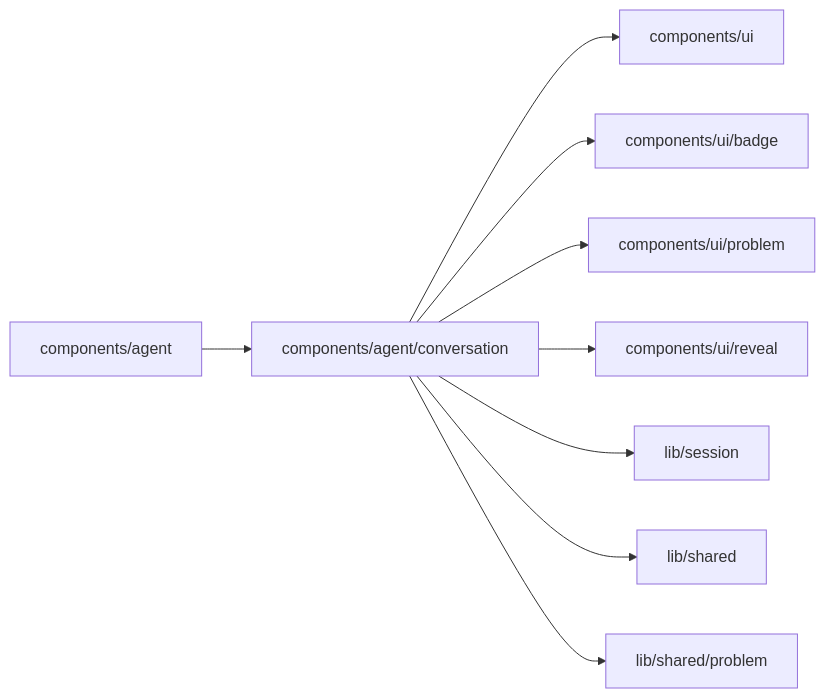
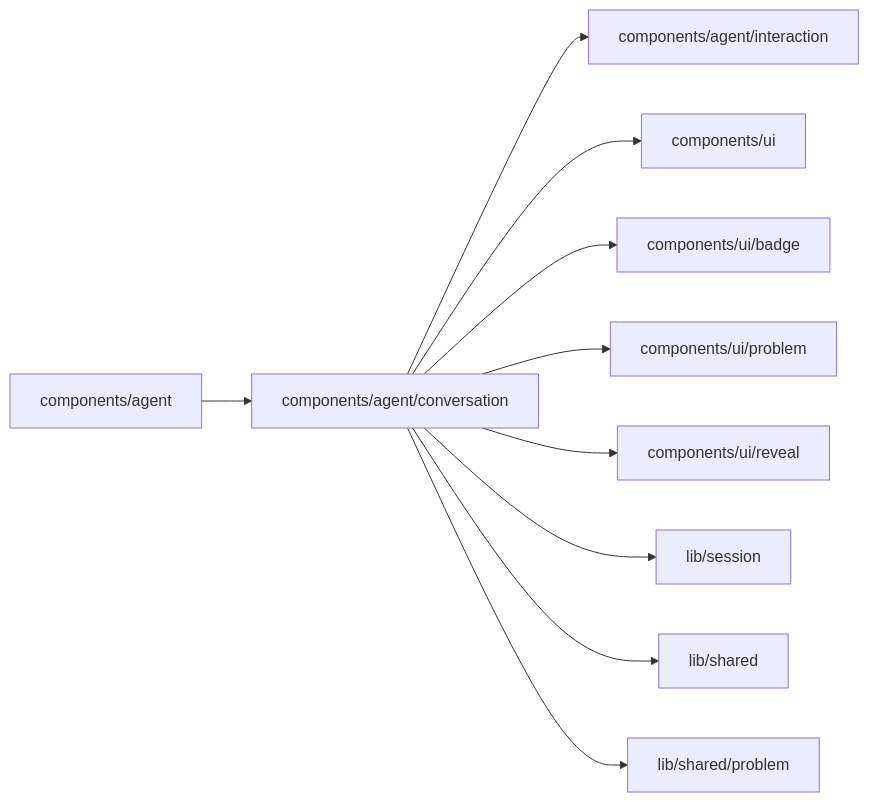
Before and after one commit to superdurable/superverse: the diagram in web/studio/components/agent/conversation/README.md, drawn with Mermaid. The commit also changed other lines of this file and 42 other files, not shown here.

First line of the commit message:
FLOWTAB: The canvas leads the Flow tab, and the Brief becomes a transient summary line

````diff
--- a/web/studio/components/agent/conversation/README.md
+++ b/web/studio/components/agent/conversation/README.md
@@ -10,12 +10,13 @@
 ```mermaid
 flowchart LR
   self["components/agent/conversation"]
   c0["components/agent"] --> self
-  self --> d0["components/ui"]
-  self --> d1["components/ui/badge"]
-  self --> d2["components/ui/problem"]
-  self --> d3["components/ui/reveal"]
-  self --> d4["lib/session"]
-  self --> d5["lib/shared"]
-  self --> d6["lib/shared/problem"]
+  self --> d0["components/agent/interaction"]
+  self --> d1["components/ui"]
+  self --> d2["components/ui/badge"]
+  self --> d3["components/ui/problem"]
+  self --> d4["components/ui/reveal"]
+  self --> d5["lib/session"]
+  self --> d6["lib/shared"]
+  self --> d7["lib/shared/problem"]
 ```
````
